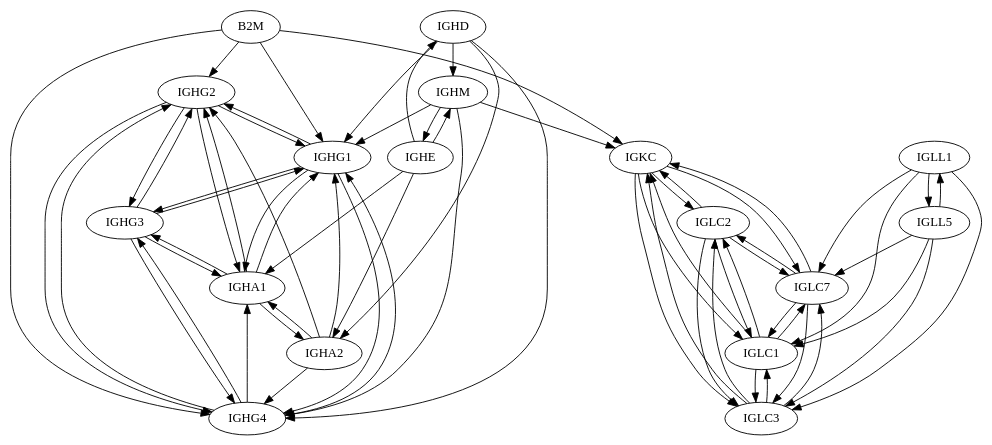
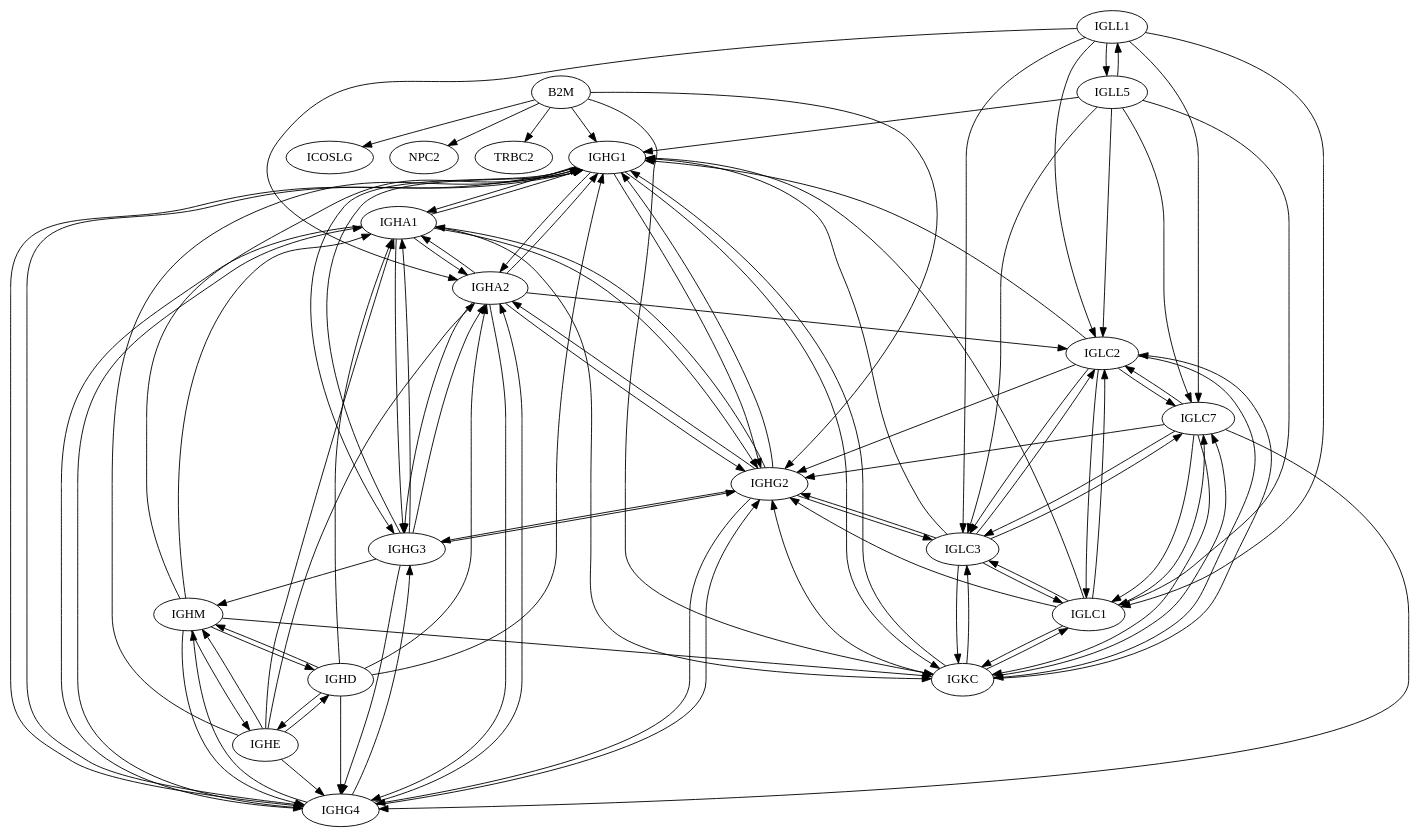
The diagram in v6/graphs/35.graph.dot (leonfrench/map-of-proteins-data), drawn with Graphviz before and after one commit. The commit also changed 457 other files, not shown here.

```diff
--- a/v6/graphs/35.graph.dot
+++ b/v6/graphs/35.graph.dot
@@ -1,87 +1,124 @@
 digraph G {
-"B2M" -> "IGHG2";
-"B2M" -> "IGKC";
-"B2M" -> "IGHG1";
-"B2M" -> "IGHG4";
-"IGHA1" -> "IGHA2";
-"IGHA1" -> "IGHG1";
-"IGHA1" -> "IGHG2";
-"IGHA1" -> "IGHG3";
-"IGHA2" -> "IGHA1";
-"IGHA2" -> "IGHG1";
-"IGHA2" -> "IGHG2";
-"IGHA2" -> "IGHG4";
-"IGHD" -> "IGHM";
-"IGHD" -> "IGHG4";
-"IGHD" -> "IGHA2";
-"IGHD" -> "IGHG1";
-"IGHE" -> "IGHM";
-"IGHE" -> "IGHA2";
-"IGHE" -> "IGHD";
-"IGHE" -> "IGHA1";
-"IGHG1" -> "IGHG2";
-"IGHG1" -> "IGHG4";
-"IGHG1" -> "IGHG3";
-"IGHG1" -> "IGHA1";
-"IGHG2" -> "IGHG1";
-"IGHG2" -> "IGHG4";
-"IGHG2" -> "IGHG3";
-"IGHG2" -> "IGHA1";
-"IGHG3" -> "IGHG4";
-"IGHG3" -> "IGHG1";
-"IGHG3" -> "IGHG2";
-"IGHG3" -> "IGHA1";
-"IGHG4" -> "IGHG2";
-"IGHG4" -> "IGHG1";
-"IGHG4" -> "IGHG3";
-"IGHG4" -> "IGHA1";
-"IGHM" -> "IGHG4";
-"IGHM" -> "IGHG1";
-"IGHM" -> "IGHE";
-"IGHM" -> "IGKC";
-"IGKC" -> "IGLC2";
-"IGKC" -> "IGLC3";
-"IGKC" -> "IGLC1";
-"IGKC" -> "IGLC7";
-"IGLC1" -> "IGLC3";
-"IGLC1" -> "IGLC2";
-"IGLC1" -> "IGKC";
-"IGLC1" -> "IGLC7";
-"IGLC2" -> "IGLC3";
-"IGLC2" -> "IGLC1";
-"IGLC2" -> "IGKC";
-"IGLC2" -> "IGLC7";
-"IGLC3" -> "IGLC2";
-"IGLC3" -> "IGLC1";
-"IGLC3" -> "IGLC7";
-"IGLC3" -> "IGKC";
-"IGLC7" -> "IGLC3";
-"IGLC7" -> "IGLC2";
-"IGLC7" -> "IGLC1";
-"IGLC7" -> "IGKC";
-"IGLL1" -> "IGLL5";
-"IGLL1" -> "IGLC1";
-"IGLL1" -> "IGLC3";
-"IGLL1" -> "IGLC7";
-"IGLL5" -> "IGLL1";
-"IGLL5" -> "IGLC7";
-"IGLL5" -> "IGLC1";
-"IGLL5" -> "IGLC3";
-"B2M" ["l"="8.447072,53.506035"];
-"IGHA1" ["l"="8.316668,53.487904"];
-"IGHA2" ["l"="8.317368,53.455223"];
-"IGHD" ["l"="8.557782,53.678856"];
-"IGHE" ["l"="8.336226,53.399422"];
-"IGHG1" ["l"="8.347859,53.306469"];
-"IGHG2" ["l"="8.834301,54.062393"];
-"IGHG3" ["l"="8.837430,53.464199"];
-"IGHG4" ["l"="8.330134,53.849178"];
-"IGHM" ["l"="8.919692,53.745544"];
-"IGKC" ["l"="8.710805,53.371365"];
-"IGLC1" ["l"="8.234598,54.032219"];
-"IGLC2" ["l"="8.363056,53.311504"];
-"IGLC3" ["l"="8.140113,53.556458"];
-"IGLC7" ["l"="8.373152,54.015388"];
-"IGLL1" ["l"="8.579574,53.795200"];
-"IGLL5" ["l"="8.594453,53.833172"];
+"B2M" ["l"="8.447,53.506"]
+"ICOSLG" ["l"="16.032,32.084"]
+"IGHA1" ["l"="8.317,53.488"]
+"IGHA2" ["l"="8.317,53.455"]
+"IGHD" ["l"="8.558,53.679"]
+"IGHE" ["l"="8.336,53.399"]
+"IGHG1" ["l"="8.348,53.306"]
+"IGHG2" ["l"="8.834,54.062"]
+"IGHG3" ["l"="8.837,53.464"]
+"IGHG4" ["l"="8.330,53.849"]
+"IGHM" ["l"="8.920,53.746"]
+"IGKC" ["l"="8.711,53.371"]
+"IGLC1" ["l"="8.235,54.032"]
+"IGLC2" ["l"="8.363,53.312"]
+"IGLC3" ["l"="8.140,53.556"]
+"IGLC7" ["l"="8.373,54.015"]
+"IGLL1" ["l"="8.580,53.795"]
+"IGLL5" ["l"="8.594,53.833"]
+"NPC2" ["l"="63.065,-7.297"]
+"TRBC2" ["l"="14.412,33.277"]
+"B2M" -> "IGHG2"
+"B2M" -> "IGKC"
+"B2M" -> "IGHG1"
+"B2M" -> "ICOSLG" ["e"=1]
+"B2M" -> "TRBC2" ["e"=1]
+"B2M" -> "NPC2" ["e"=1]
+"IGHA1" -> "IGHA2"
+"IGHA1" -> "IGHG1"
+"IGHA1" -> "IGHG2"
+"IGHA1" -> "IGHG3"
+"IGHA1" -> "IGHG4"
+"IGHA1" -> "IGKC"
+"IGHA2" -> "IGHA1"
+"IGHA2" -> "IGHG1"
+"IGHA2" -> "IGHG2"
+"IGHA2" -> "IGHG4"
+"IGHA2" -> "IGHG3"
+"IGHA2" -> "IGLC2"
+"IGHD" -> "IGHM"
+"IGHD" -> "IGHG4"
+"IGHD" -> "IGHA2"
+"IGHD" -> "IGHG1"
+"IGHD" -> "IGHE"
+"IGHD" -> "IGHA1"
+"IGHE" -> "IGHM"
+"IGHE" -> "IGHA2"
+"IGHE" -> "IGHD"
+"IGHE" -> "IGHA1"
+"IGHE" -> "IGHG1"
+"IGHE" -> "IGHG4"
+"IGHG1" -> "IGHG2"
+"IGHG1" -> "IGHG4"
+"IGHG1" -> "IGHG3"
+"IGHG1" -> "IGHA1"
+"IGHG1" -> "IGHA2"
+"IGHG1" -> "IGKC"
+"IGHG2" -> "IGHG1"
+"IGHG2" -> "IGHG4"
+"IGHG2" -> "IGHG3"
+"IGHG2" -> "IGHA1"
+"IGHG2" -> "IGHA2"
+"IGHG2" -> "IGLC3"
+"IGHG3" -> "IGHG4"
+"IGHG3" -> "IGHG1"
+"IGHG3" -> "IGHG2"
+"IGHG3" -> "IGHA1"
+"IGHG3" -> "IGHA2"
+"IGHG3" -> "IGHM"
+"IGHG4" -> "IGHG2"
+"IGHG4" -> "IGHG1"
+"IGHG4" -> "IGHG3"
+"IGHG4" -> "IGHA1"
+"IGHG4" -> "IGHA2"
+"IGHG4" -> "IGHM"
+"IGHM" -> "IGHG4"
+"IGHM" -> "IGHG1"
+"IGHM" -> "IGHE"
+"IGHM" -> "IGKC"
+"IGHM" -> "IGHA1"
+"IGHM" -> "IGHD"
+"IGKC" -> "IGLC2"
+"IGKC" -> "IGLC3"
+"IGKC" -> "IGLC1"
+"IGKC" -> "IGLC7"
+"IGKC" -> "IGHG1"
+"IGKC" -> "IGHG2"
+"IGLC1" -> "IGLC3"
+"IGLC1" -> "IGLC2"
+"IGLC1" -> "IGKC"
+"IGLC1" -> "IGLC7"
+"IGLC1" -> "IGHG1"
+"IGLC1" -> "IGHG2"
+"IGLC2" -> "IGLC3"
+"IGLC2" -> "IGLC1"
+"IGLC2" -> "IGKC"
+"IGLC2" -> "IGLC7"
+"IGLC2" -> "IGHG1"
+"IGLC2" -> "IGHG2"
+"IGLC3" -> "IGLC2"
+"IGLC3" -> "IGLC1"
+"IGLC3" -> "IGLC7"
+"IGLC3" -> "IGKC"
+"IGLC3" -> "IGHG1"
+"IGLC3" -> "IGHG2"
+"IGLC7" -> "IGLC3"
+"IGLC7" -> "IGLC2"
+"IGLC7" -> "IGLC1"
+"IGLC7" -> "IGKC"
+"IGLC7" -> "IGHG2"
+"IGLC7" -> "IGHG4"
+"IGLL1" -> "IGLL5"
+"IGLL1" -> "IGLC1"
+"IGLL1" -> "IGLC3"
+"IGLL1" -> "IGLC7"
+"IGLL1" -> "IGLC2"
+"IGLL1" -> "IGHA2"
+"IGLL5" -> "IGLL1"
+"IGLL5" -> "IGLC7"
+"IGLL5" -> "IGLC1"
+"IGLL5" -> "IGLC3"
+"IGLL5" -> "IGLC2"
+"IGLL5" -> "IGHG1"
 }
```
